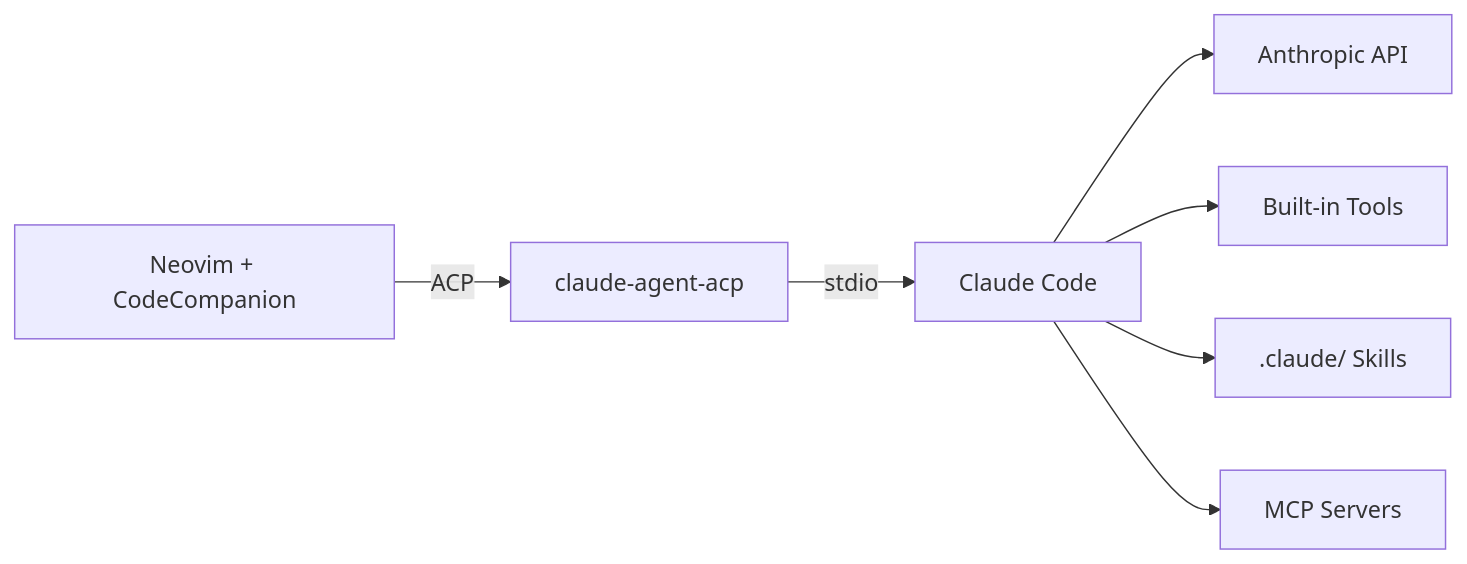
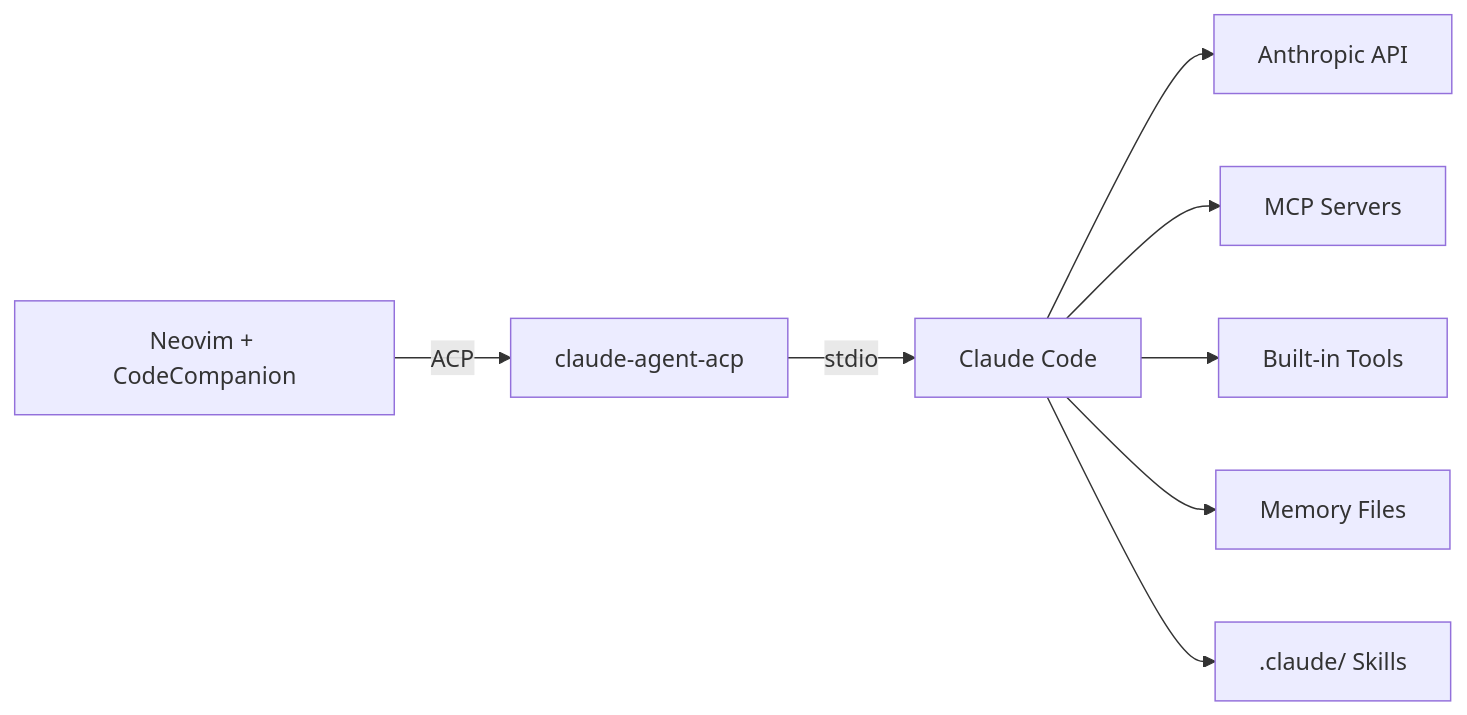
One commit to le4ker/blog changed the second of 2 diagrams in _posts/2026-02-28-nvmegachad-acp.md. Above: the diagram before and after it, drawn with Mermaid. The commit also changed other lines of this file, not shown here.

````diff
--- a/_posts/2026-02-28-nvmegachad-acp.md
+++ b/_posts/2026-02-28-nvmegachad-acp.md
@@ -90,9 +90,10 @@
 ```mermaid!
 flowchart LR
   N2["Neovim + CodeCompanion"] -->|ACP| bridge["claude-agent-acp"]
   bridge -->|stdio| claude["Claude Code"]
   claude --> API2["Anthropic API"]
+  claude --> mcp["MCP Servers"]
   claude --> tools["Built-in Tools"]
+  claude --> memory["Memory Files"]
   claude --> skills[".claude/ Skills"]
-  claude --> mcp["MCP Servers"]
 ```
````
